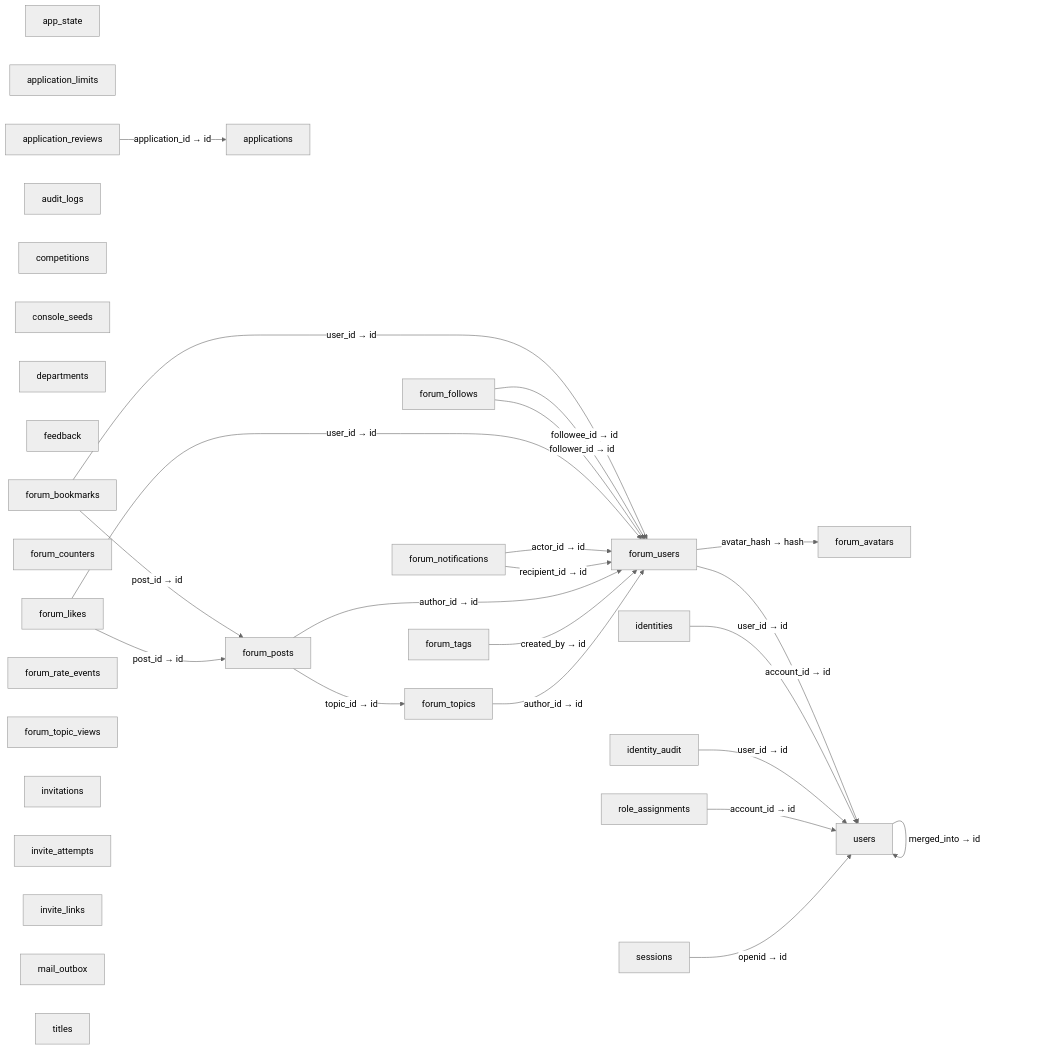
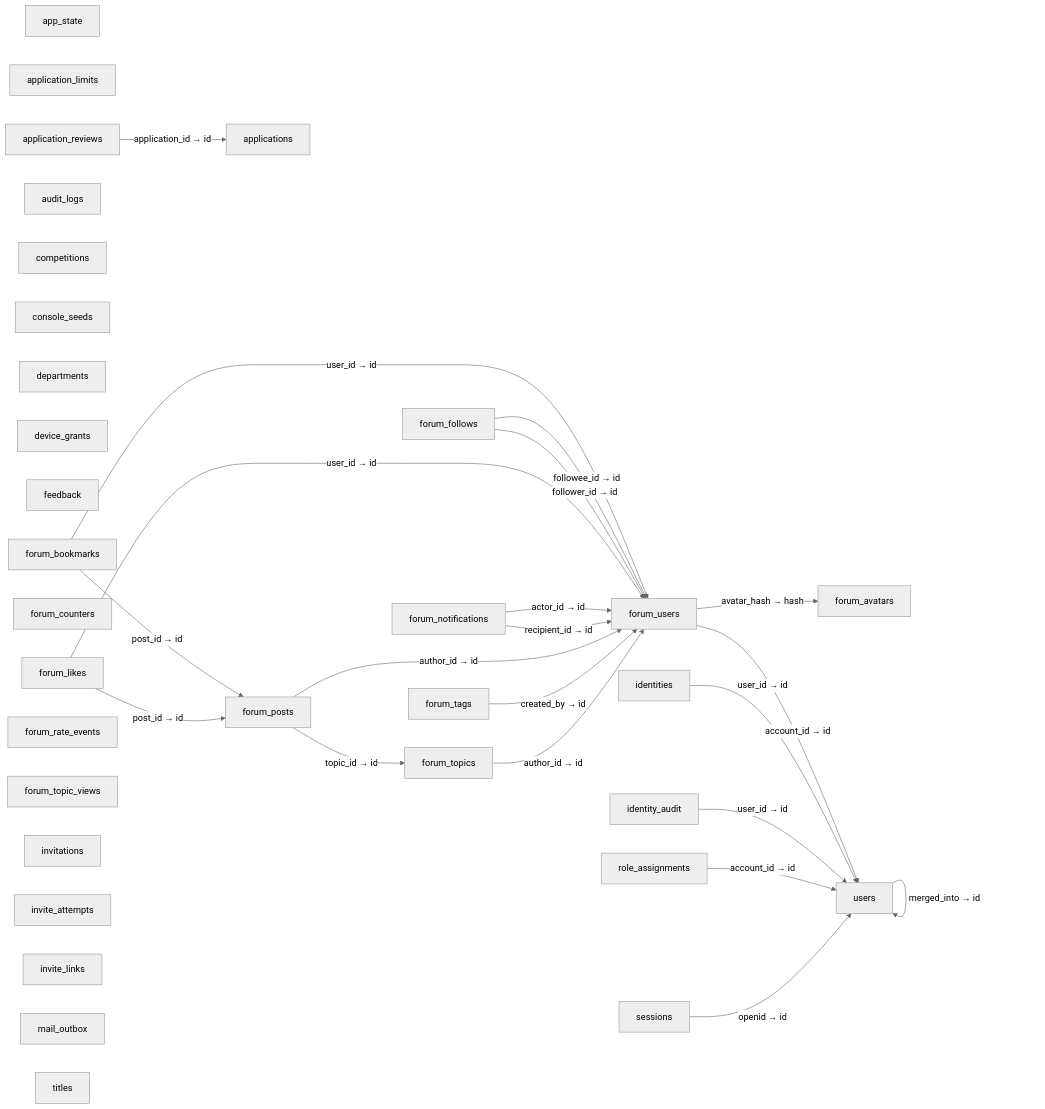
One commit to Doulor/admin changed the diagram in docs/architecture/catalog/data-model.md. Above: the diagram before and after it, drawn with Mermaid (neutral theme). The commit also changed other lines of this file and 77 other files, not shown here.

````diff
--- a/docs/architecture/catalog/data-model.md
+++ b/docs/architecture/catalog/data-model.md
@@ -15,54 +15,55 @@
 ```mermaid
 flowchart LR
   app_state["app_state"]
   application_limits["application_limits"]
   application_reviews["application_reviews"]
   applications["applications"]
   audit_logs["audit_logs"]
   competitions["competitions"]
   console_seeds["console_seeds"]
   departments["departments"]
+  device_grants["device_grants"]
   feedback["feedback"]
   forum_avatars["forum_avatars"]
   forum_bookmarks["forum_bookmarks"]
   forum_counters["forum_counters"]
   forum_follows["forum_follows"]
   forum_likes["forum_likes"]
   forum_notifications["forum_notifications"]
   forum_posts["forum_posts"]
   forum_rate_events["forum_rate_events"]
   forum_tags["forum_tags"]
   forum_topic_views["forum_topic_views"]
   forum_topics["forum_topics"]
   forum_users["forum_users"]
   identities["identities"]
   identity_audit["identity_audit"]
   invitations["invitations"]
   invite_attempts["invite_attempts"]
   invite_links["invite_links"]
   mail_outbox["mail_outbox"]
   role_assignments["role_assignments"]
   sessions["sessions"]
   titles["titles"]
   users["users"]
   application_reviews -->|"application_id → id"| applications
   forum_bookmarks -->|"post_id → id"| forum_posts
   forum_bookmarks -->|"user_id → id"| forum_users
   forum_follows -->|"followee_id → id"| forum_users
   forum_follows -->|"follower_id → id"| forum_users
   forum_likes -->|"user_id → id"| forum_users
   forum_likes -->|"post_id → id"| forum_posts
   forum_notifications -->|"actor_id → id"| forum_users
   forum_notifications -->|"recipient_id → id"| forum_users
   forum_posts -->|"author_id → id"| forum_users
   forum_posts -->|"topic_id → id"| forum_topics
   forum_tags -->|"created_by → id"| forum_users
   forum_topics -->|"author_id → id"| forum_users
   forum_users -->|"account_id → id"| users
   forum_users -->|"avatar_hash → hash"| forum_avatars
   identities -->|"user_id → id"| users
   identity_audit -->|"user_id → id"| users
   role_assignments -->|"account_id → id"| users
   sessions -->|"openid → id"| users
   users -->|"merged_into → id"| users
 ```
````
